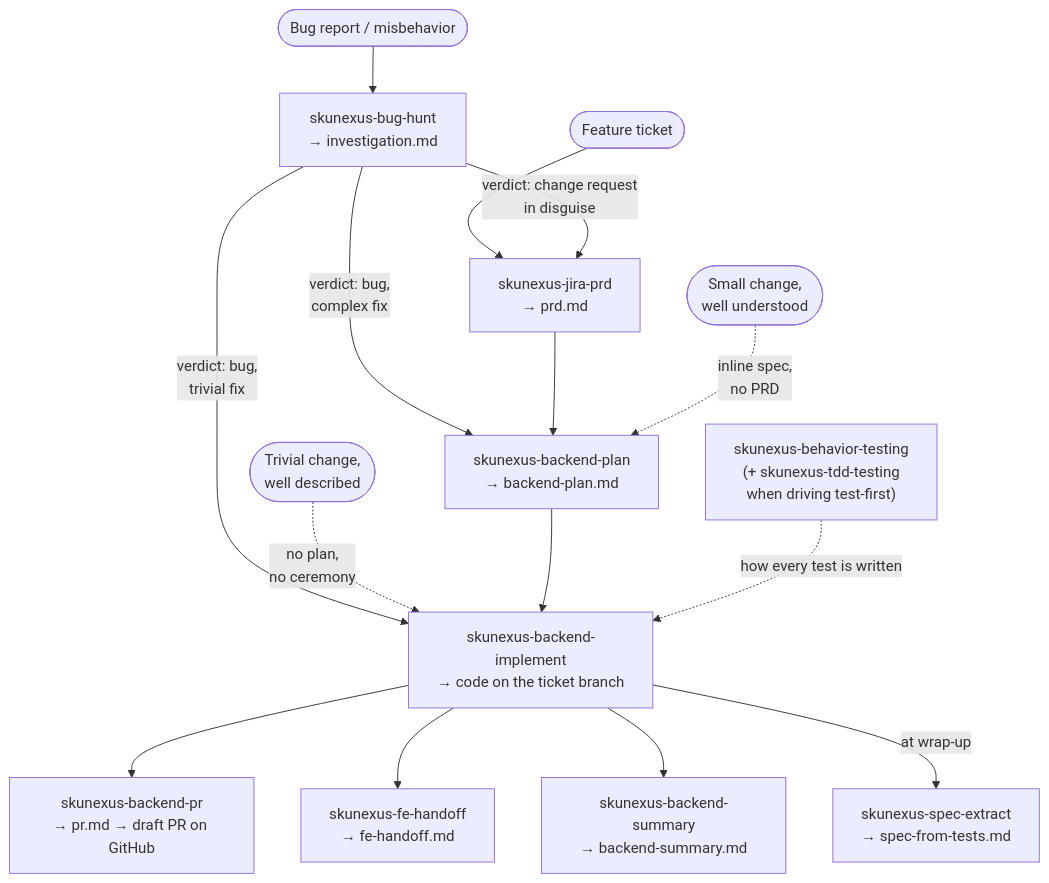
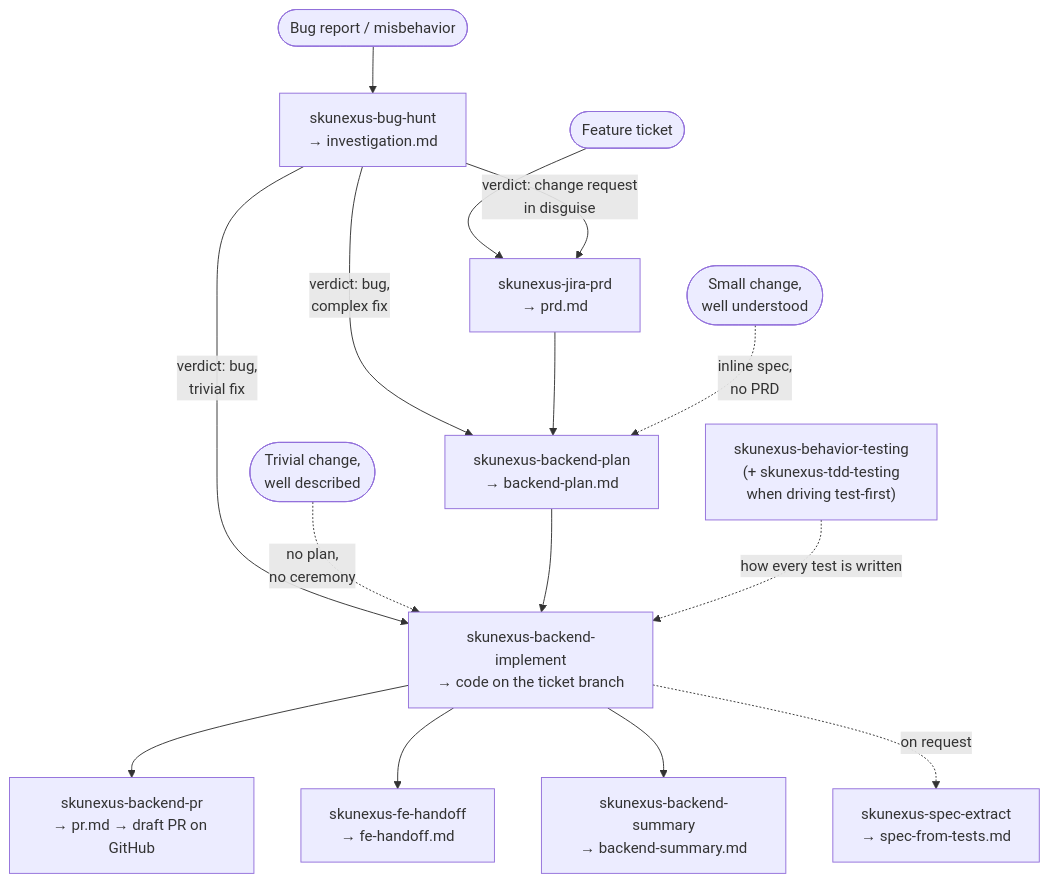
The diagram in README.md (SkuNexus-Devs/skunexus-ai), drawn with Mermaid before and after one commit. The commit also changed other lines of this file and 10 other files, not shown here.

First line of the commit message:
INT-441: review pass on the TDD/spec-extract follow-up

````diff
--- a/README.md
+++ b/README.md
@@ -35,17 +35,17 @@
 ```mermaid
 flowchart TD
     F([Feature ticket]) --> PRD["skunexus-jira-prd<br/>→ prd.md"]
     B([Bug report / misbehavior]) --> HUNT["skunexus-bug-hunt<br/>→ investigation.md"]
     HUNT -- "verdict: change request<br/>in disguise" --> PRD
     HUNT -- "verdict: bug,<br/>trivial fix" --> IMPL
     HUNT -- "verdict: bug,<br/>complex fix" --> PLAN
     PRD --> PLAN["skunexus-backend-plan<br/>→ backend-plan.md"]
     S([Small change,<br/>well understood]) -. inline spec,<br/>no PRD .-> PLAN
     T([Trivial change,<br/>well described]) -. no plan,<br/>no ceremony .-> IMPL
     PLAN --> IMPL["skunexus-backend-implement<br/>→ code on the ticket branch"]
     IMPL --> PR["skunexus-backend-pr<br/>→ pr.md → draft PR on GitHub"]
     IMPL --> FE["skunexus-fe-handoff<br/>→ fe-handoff.md"]
     IMPL --> SUM["skunexus-backend-summary<br/>→ backend-summary.md"]
     BT["skunexus-behavior-testing<br/>(+ skunexus-tdd-testing<br/>when driving test-first)"] -. how every test is written .-> IMPL
-    IMPL -- "at wrap-up" --> SPEC["skunexus-spec-extract<br/>→ spec-from-tests.md"]
+    IMPL -. "on request" .-> SPEC["skunexus-spec-extract<br/>→ spec-from-tests.md"]
 ```
````
